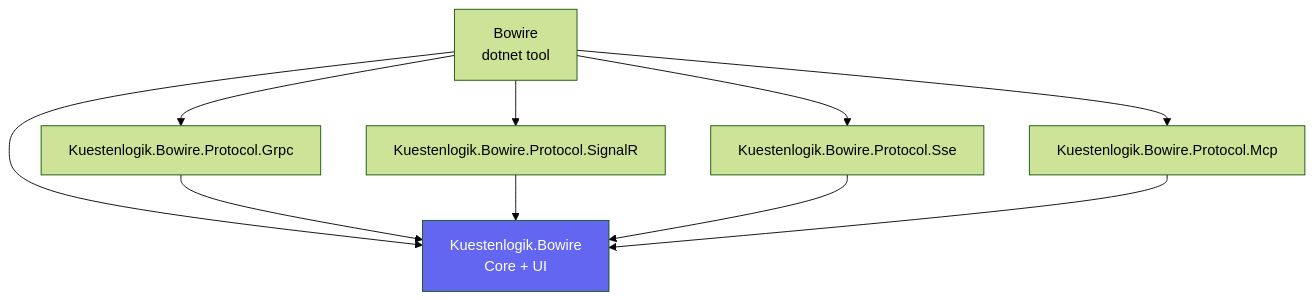
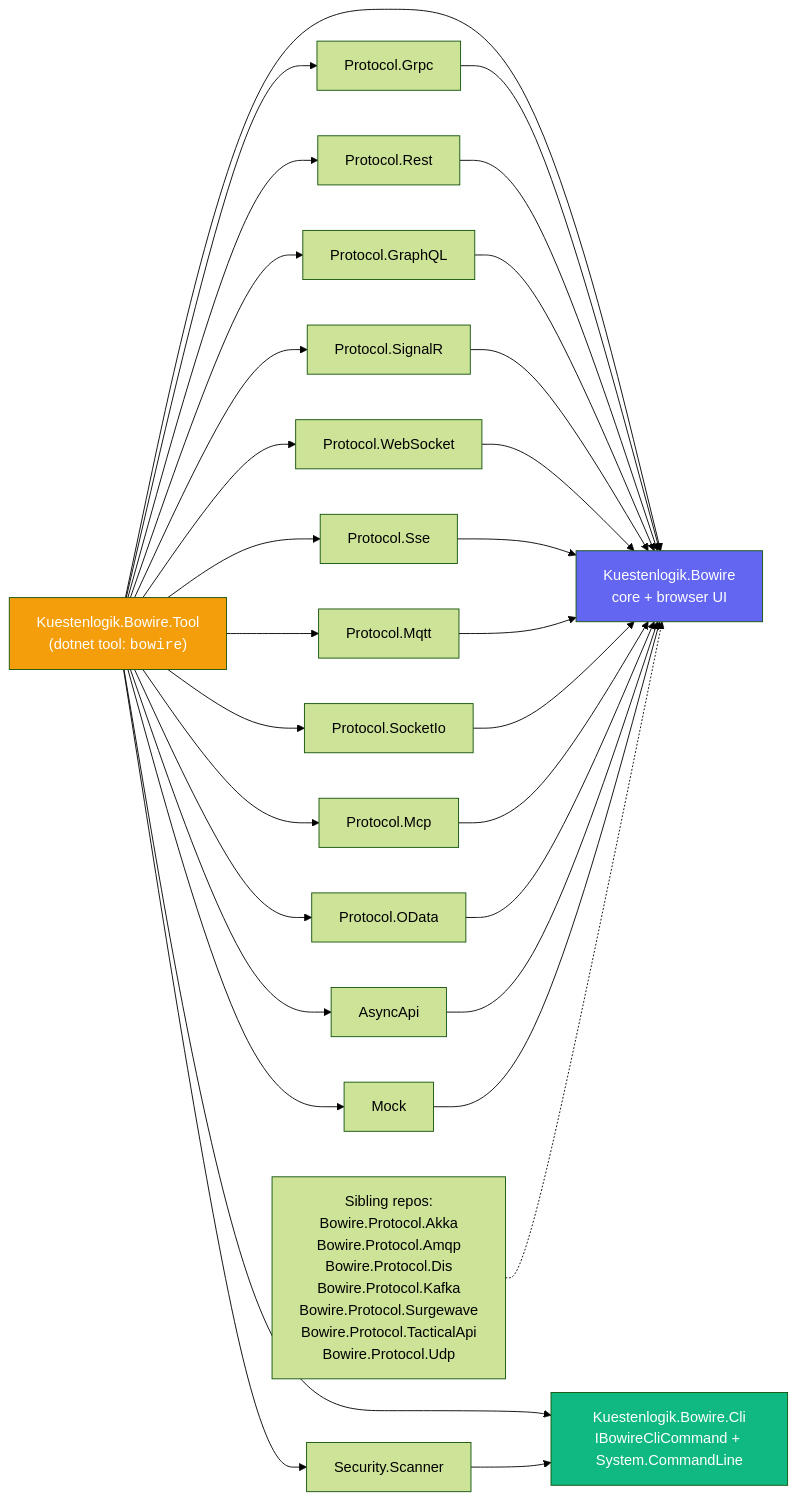
The diagram in docs/architecture/packages.md (Kuestenlogik/Bowire), drawn with Mermaid (forest theme) before and after one commit. The commit also changed other lines of this file and 6 other files, not shown here.

First line of the commit message:
docs: refresh for the v1.5/1.6 reality — Cli split, mock-emit, lifecycle UI

````diff
--- a/docs/architecture/packages.md
+++ b/docs/architecture/packages.md
@@ -11,14 +11,43 @@
 ```mermaid
-graph TD
-    TOOL["Bowire<br/>dotnet tool"] --> CORE
-    TOOL --> GRPC
-    TOOL --> SIG
-    TOOL --> SSE2["Kuestenlogik.Bowire.Protocol.Sse"]
-    TOOL --> MCP2["Kuestenlogik.Bowire.Protocol.Mcp"]
-    CORE["Kuestenlogik.Bowire<br/>Core + UI"]
-    GRPC["Kuestenlogik.Bowire.Protocol.Grpc"] --> CORE
-    SIG["Kuestenlogik.Bowire.Protocol.SignalR"] --> CORE
-    SSE2 --> CORE
-    MCP2 --> CORE
+graph LR
+    TOOL["Kuestenlogik.Bowire.Tool<br/>(dotnet tool: <code>bowire</code>)"]
+    CORE["Kuestenlogik.Bowire<br/>core + browser UI"]
+    CLI["Kuestenlogik.Bowire.Cli<br/>IBowireCliCommand + System.CommandLine"]
+
+    TOOL --> CORE
+    TOOL --> CLI
+    TOOL --> P_GRPC["Protocol.Grpc"]
+    TOOL --> P_REST["Protocol.Rest"]
+    TOOL --> P_GQL["Protocol.GraphQL"]
+    TOOL --> P_SIG["Protocol.SignalR"]
+    TOOL --> P_WS["Protocol.WebSocket"]
+    TOOL --> P_SSE["Protocol.Sse"]
+    TOOL --> P_MQTT["Protocol.Mqtt"]
+    TOOL --> P_SIO["Protocol.SocketIo"]
+    TOOL --> P_MCP["Protocol.Mcp"]
+    TOOL --> P_OD["Protocol.OData"]
+    TOOL --> ASYNC["AsyncApi"]
+    TOOL --> MOCK["Mock"]
+    TOOL --> SCAN["Security.Scanner"]
+    SCAN --> CLI
+
+    P_GRPC --> CORE
+    P_REST --> CORE
+    P_GQL --> CORE
+    P_SIG --> CORE
+    P_WS --> CORE
+    P_SSE --> CORE
+    P_MQTT --> CORE
+    P_SIO --> CORE
+    P_MCP --> CORE
+    P_OD --> CORE
+    ASYNC --> CORE
+    MOCK --> CORE
+
+    SIBLING["Sibling repos:<br/>Bowire.Protocol.Akka<br/>Bowire.Protocol.Amqp<br/>Bowire.Protocol.Dis<br/>Bowire.Protocol.Kafka<br/>Bowire.Protocol.Surgewave<br/>Bowire.Protocol.TacticalApi<br/>Bowire.Protocol.Udp"]
+    SIBLING -.-> CORE
+
     style CORE fill:#6366f1,color:#fff
+    style CLI fill:#10b981,color:#fff
+    style TOOL fill:#f59e0b,color:#fff
 ```
````
